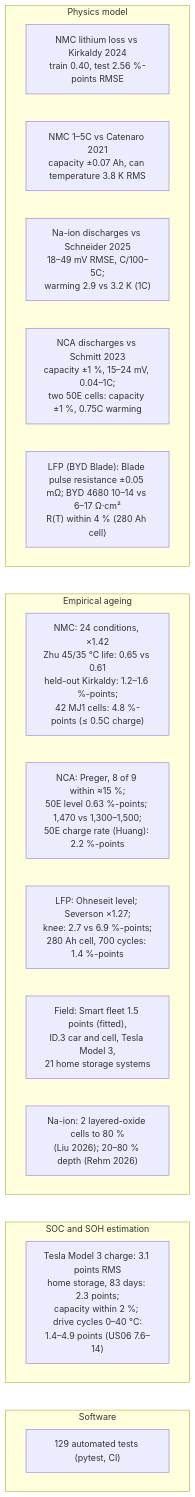
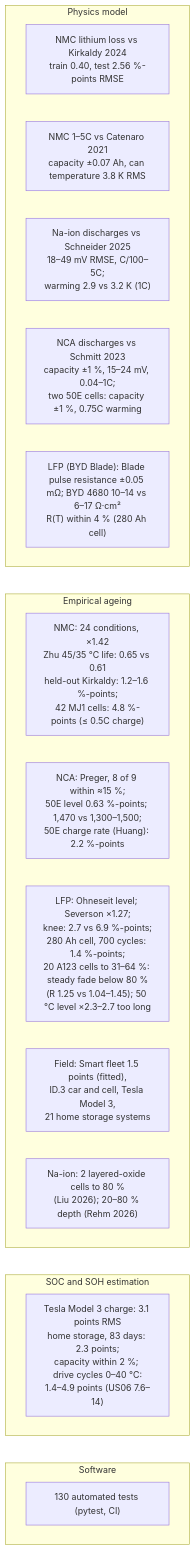
Before and after one commit to TheJohn01/DigitalTwinBattery: diagram 12 of 12 in README.md, drawn with Mermaid. The commit also changed other lines of this file and 7 other files, not shown here.

First line of the commit message:
LFP fade below 80 % checked against Wheeler et al.'s 20 A123 cells (50 °C)

````diff
--- a/README.md
+++ b/README.md
@@ -1843,24 +1846,24 @@
 ```mermaid
 flowchart TB
     subgraph PHY["Physics model"]
         V1["NMC lithium loss vs Kirkaldy 2024<br/>train 0.40, test 2.56 %-points RMSE"]
         V9["NMC 1–5C vs Catenaro 2021<br/>capacity ±0.07 Ah, can temperature 3.8 K RMS"]
         V0["Na-ion discharges vs Schneider 2025<br/>18–49 mV RMSE, C/100–5C;<br/>warming 2.9 vs 3.2 K (1C)"]
         V7["NCA discharges vs Schmitt 2023<br/>capacity ±1 %, 15–24 mV, 0.04–1C;<br/>two 50E cells: capacity ±1 %, 0.75C warming"]
         V8["LFP (BYD Blade): Blade pulse resistance ±0.05 mΩ; BYD 4680 10–14 vs 6–17 Ω·cm²<br/>R(T) within 4 % (280 Ah cell)"]
     end
     subgraph EMP["Empirical ageing"]
         V2["NMC: 24 conditions, ×1.42<br/>Zhu 45/35 °C life: 0.65 vs 0.61<br/>held-out Kirkaldy: 1.2–1.6 %-points;<br/>42 MJ1 cells: 4.8 %-points (≤ 0.5C charge)"]
         V3["NCA: Preger, 8 of 9 within ≈15 %;<br/>50E level 0.63 %-points; 1,470 vs 1,300–1,500;<br/>50E charge rate (Huang): 2.2 %-points"]
-        V4["LFP: Ohneseit level; Severson ×1.27;<br/>knee: 2.7 vs 6.9 %-points;<br/>280 Ah cell, 700 cycles: 1.4 %-points"]
+        V4["LFP: Ohneseit level; Severson ×1.27;<br/>knee: 2.7 vs 6.9 %-points;<br/>280 Ah cell, 700 cycles: 1.4 %-points;<br/>20 A123 cells to 31–64 %: steady fade below 80 %<br/>(R 1.25 vs 1.04–1.45); 50 °C level ×2.3–2.7 too long"]
         V11["Field: Smart fleet 1.5 points (fitted),<br/>ID.3 car and cell, Tesla Model 3,<br/>21 home storage systems"]
         V5["Na-ion: 2 layered-oxide cells to 80 %<br/>(Liu 2026); 20–80 % depth (Rehm 2026)"]
     end
     subgraph EST["SOC and SOH estimation"]
         V10["Tesla Model 3 charge: 3.1 points RMS<br/>home storage, 83 days: 2.3 points;<br/>capacity within 2 %; drive cycles 0–40 °C:<br/>1.4–4.9 points (US06 7.6–14)"]
     end
     subgraph SW["Software"]
-        V6["129 automated tests (pytest, CI)"]
+        V6["130 automated tests (pytest, CI)"]
     end
     PHY ~~~ EMP ~~~ EST ~~~ SW
 ```
````
